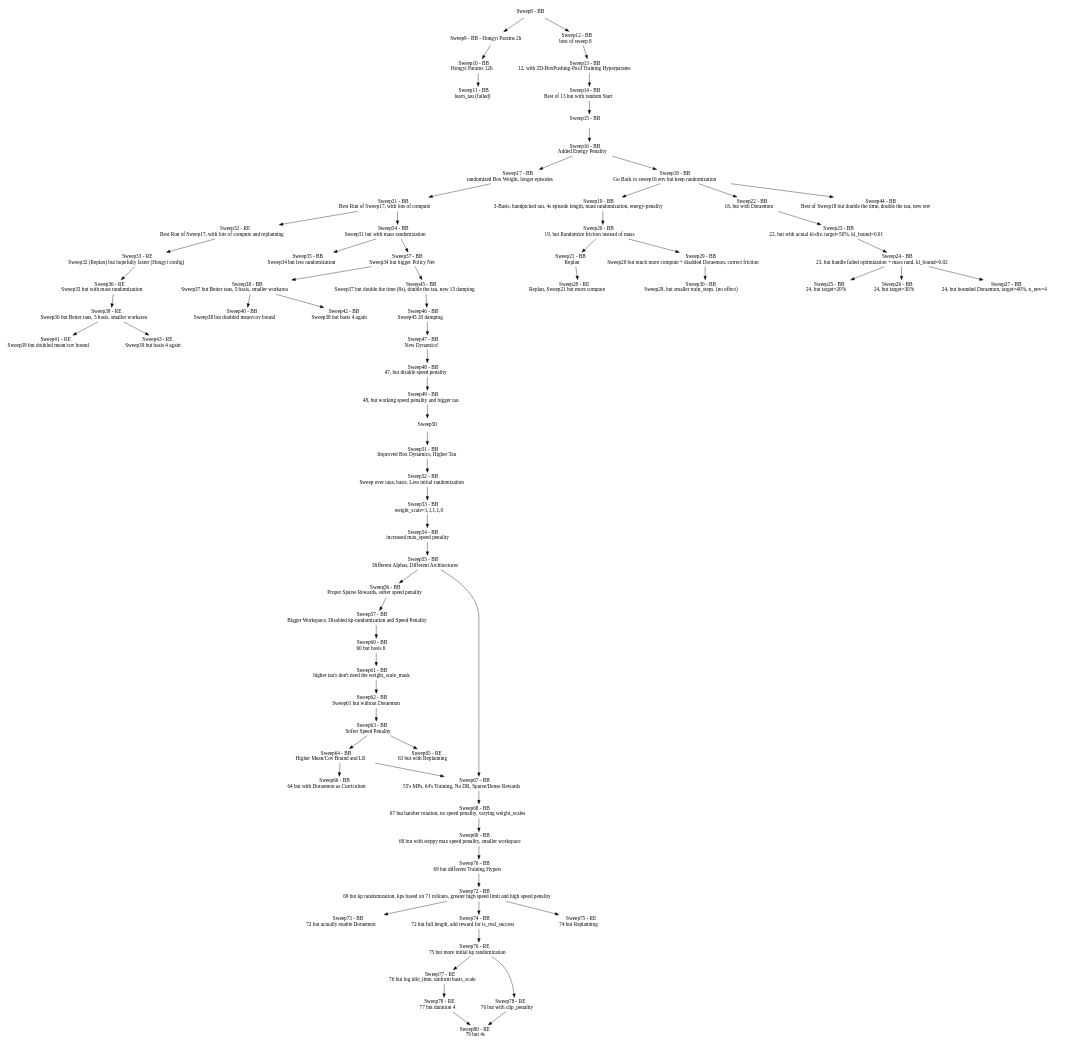
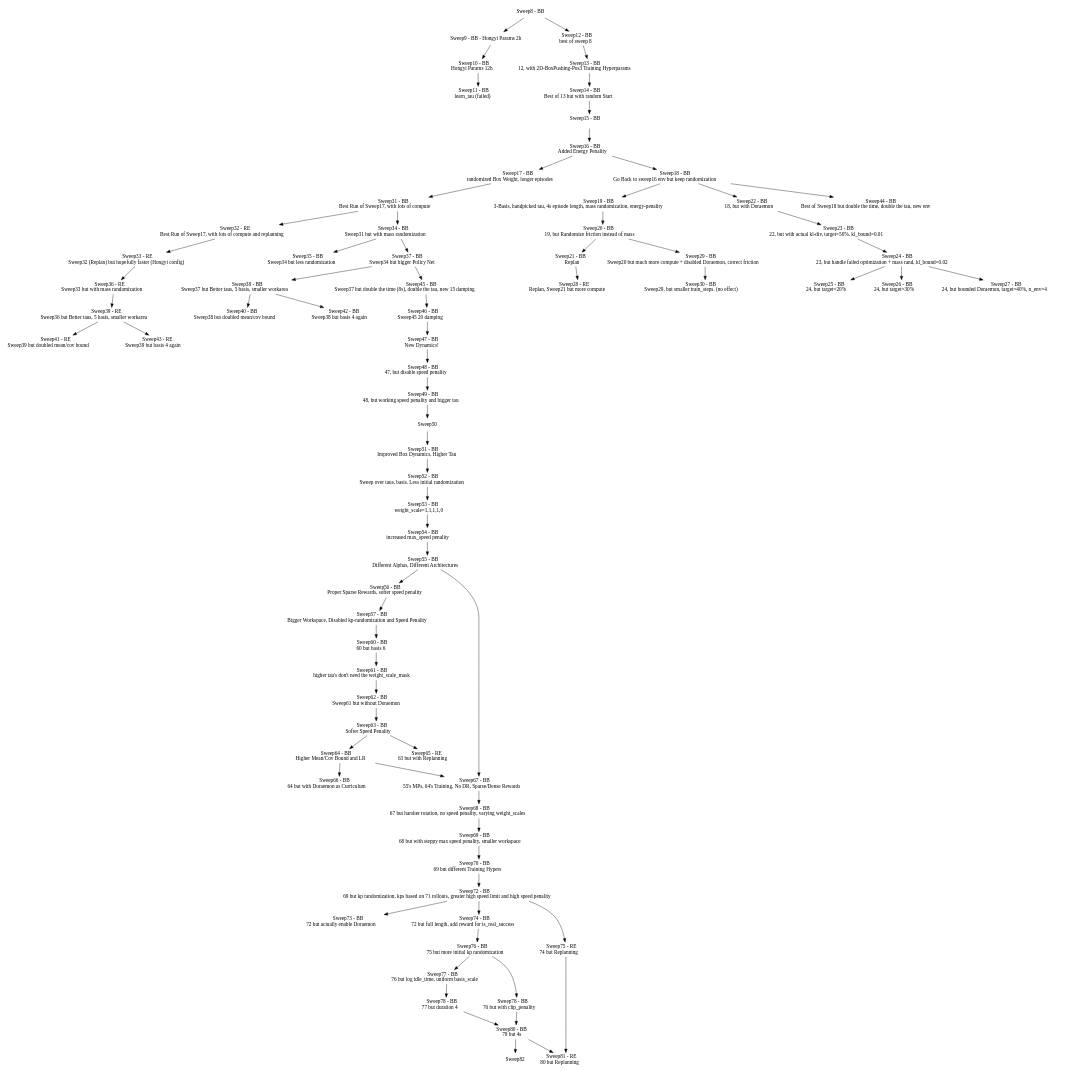
One commit to maxmunzel/fancy_gym changed the diagram in sweeps.dot. Above: the diagram before and after it, drawn with Graphviz. The commit also changed 1 other file, not shown here.

Commit message:
Sweep82 -- Simulate Mocap Error

```diff
--- a/sweeps.dot
+++ b/sweeps.dot
@@ -1,146 +1,150 @@
 digraph Sweeps {
     // Nodes
     node [shape=plaintext]
     "Sweep8"  [label=<Sweep8 - BB>];
     "Sweep9"  [label=<Sweep9 - BB - Hongyi Params 2h>];
     "Sweep10" [label=<Sweep10 - BB <BR/> Hongyi Params 12h>];
     "Sweep11" [label=<Sweep11 - BB <BR/> learn_tau (failed)>];
     "Sweep12" [label=<Sweep12 - BB <BR/> best of sweep 8>];
     "Sweep13" [label=<Sweep13 - BB <BR/> 12, with 2D-BoxPushing-Pos3 Training Hyperparams>];
     "Sweep14" [label=<Sweep14 - BB <BR/> Best of 13 but with random Start>];
     "Sweep15" [label=<Sweep15 - BB <BR/> >];
     "Sweep16" [label=<Sweep16 - BB <BR/> Added Energy Penality>];
     "Sweep17" [label=<Sweep17 - BB <BR/> randomized Box Weight, longer episodes>];
     "Sweep18" [label=<Sweep18 - BB <BR/> Go Back to sweep16 env but keep randomization>];
     "Sweep19" [label=<Sweep19 - BB <BR/> 3-Basis, handpicked tau, 4s episode length, mass randomization, energy-penality>];
     "Sweep20" [label=<Sweep20 - BB <BR/> 19, but Randomize friction instead of mass>];
     "Sweep21" [label=<Sweep21 - BB <BR/> Replan>];
     "Sweep22" [label=<Sweep22 - BB <BR/> 18, but with Doraemon>];
     "Sweep23" [label=<Sweep23 - BB <BR/> 22, but with actual kl-div, target=50%, kl_bound=0.01>];
     "Sweep24" [label=<Sweep24 - BB <BR/> 23, but handle failed optimization + mass rand, kl_bound=0.02>];
     "Sweep25" [label=<Sweep25 - BB <BR/> 24, but target=20%>];
     "Sweep26" [label=<Sweep26 - BB <BR/> 24, but target=30%>];
     "Sweep27" [label=<Sweep27 - BB <BR/> 24, but bounded Doraemon, target=40%, n_env=4>];
     "Sweep28" [label=<Sweep28 - RE <BR/> Replan, Sweep21 but more compute>];
     "Sweep29" [label=<Sweep29 - BB <BR/> Sweep20 but much more compute + disabled Doraemon, correct friction>];
     "Sweep30" [label=<Sweep30 - BB <BR/> Sweep29, but smaller train_steps. (no effect)>];
     "Sweep31" [label=<Sweep31 - BB <BR/> Best Run of Sweep17, with lots of compute>];
     "Sweep32" [label=<Sweep32 - RE <BR/> Best Run of Sweep17, with lots of compute and replanning>];
     "Sweep33" [label=<Sweep33 - RE <BR/> Sweep32 (Replan) but hopefully faster (Hongyi config)>];
     "Sweep34" [label=<Sweep34 - BB <BR/> Sweep31 but with mass randomization>];
     "Sweep35" [label=<Sweep35 - BB <BR/> Sweep34 but less randomization>];
     "Sweep36" [label=<Sweep36 - RE <BR/> Sweep33 but with mass randomization>];
     "Sweep37" [label=<Sweep37 - BB <BR/> Sweep34 but bigger Policy Net>];
     "Sweep38" [label=<Sweep38 - BB <BR/> Sweep37 but Better taus, 5 basis, smaller workarea>];
     "Sweep39" [label=<Sweep39 - RE <BR/> Sweep36 but Better taus, 5 basis, smaller workarea>];
     "Sweep40" [label=<Sweep40 - BB <BR/> Sweep38 but doubled mean/cov bound>];
     "Sweep41" [label=<Sweep41 - RE <BR/> Sweep39 but doubled mean/cov bound>];
     "Sweep42" [label=<Sweep42 - BB <BR/> Sweep38 but basis 4 again>];
     "Sweep43" [label=<Sweep43 - RE <BR/> Sweep39 but basis 4 again>];
     "Sweep44" [label=<Sweep44 - BB <BR/> Best of Sweep18 but double the time, double the tau, new env>];
     "Sweep45" [label=<Sweep45 - BB <BR/> Sweep37 but double the time (8s), double the tau, new 15 damping>];
     "Sweep46" [label=<Sweep46 - BB <BR/> Sweep45 20 damping>];
     "Sweep47" [label=<Sweep47 - BB <BR/> New Dynamics! >];
     "Sweep48" [label=<Sweep48 - BB <BR/> 47, but disable speed penality  >];
     "Sweep49" [label=<Sweep49 - BB <BR/> 48, but working speed penality and bigger tau  >];
     "Sweep51" [label=<Sweep51 - BB <BR/> Improved Box Dynamics, Higher Tau>];
     "Sweep52" [label=<Sweep52 - BB <BR/> Sweep over taus, basis. Less initial randomization>];
     "Sweep53" [label=<Sweep53 - BB <BR/> weight_scale=1,1,1,1,0 >];
     "Sweep54" [label=<Sweep54 - BB <BR/> increased max_speed penality>];
     "Sweep55" [label=<Sweep55 - BB <BR/> Different Alphas, Different Architectures>];
     "Sweep56" [label=<Sweep56 - BB <BR/> Proper Sparse Rewards, softer speed penality>];
     "Sweep57" [label=<Sweep57 - BB <BR/> Bigger Workspace, Disabled kp-randomization and Speed Penality>];
     "Sweep60" [label=<Sweep60 - BB <BR/> 60 but basis 6>];
     "Sweep61" [label=<Sweep61 - BB <BR/> higher tau's don't need the weight_scale_mask>];
     "Sweep62" [label=<Sweep62 - BB <BR/> Sweep61 but without Doraemon>];
     "Sweep63" [label=<Sweep63 - BB <BR/> Softer Speed Penality >];
     "Sweep64" [label=<Sweep64 - BB <BR/> Higher Mean/Cov Bound and LR >];
     "Sweep65" [label=<Sweep65 - RE <BR/> 63 but with Replanning >];
     "Sweep66" [label=<Sweep66 - BB <BR/> 64 but with Doraemon as Curriculum >];
     "Sweep67" [label=<Sweep67 - BB <BR/> 55's MPs, 64's Training, No DR, Sparse/Dense Rewards >];
     "Sweep68" [label=<Sweep68 - BB <BR/> 67 but harsher rotation, no speed penality, varying weight_scales >];
     "Sweep69" [label=<Sweep69 - BB <BR/> 68 but with steppy max speed penality, smaller workspace >];
     "Sweep70" [label=<Sweep70 - BB <BR/> 69 but different Training Hypers >];
     "Sweep72" [label=<Sweep72 - BB <BR/> 69 but kp randomization, kps based on 71 rollouts, greater high speed limit and high speed penality >];
     "Sweep73" [label=<Sweep73 - BB <BR/> 72 but actually enable Doraemon >];
     "Sweep74" [label=<Sweep74 - BB <BR/> 72 but full length, add reward for is_real_success >];
     "Sweep75" [label=<Sweep75 - RE <BR/> 74 but Replanning >];
-    "Sweep76" [label=<Sweep76 - RE <BR/> 75 but more initial kp randomization>];
-    "Sweep77" [label=<Sweep77 - RE <BR/> 76 but log idle_time, uniform basis_scale>];
-    "Sweep78" [label=<Sweep78 - RE <BR/> 77 but duration 4>];
-    "Sweep79" [label=<Sweep78 - RE <BR/> 76 but with clip_penality>];
-    "Sweep80" [label=<Sweep80 - RE <BR/> 79 but 4s>];
+    "Sweep76" [label=<Sweep76 - BB <BR/> 75 but more initial kp randomization>];
+    "Sweep77" [label=<Sweep77 - BB <BR/> 76 but log idle_time, uniform basis_scale>];
+    "Sweep78" [label=<Sweep78 - BB <BR/> 77 but duration 4>];
+    "Sweep79" [label=<Sweep78 - BB <BR/> 76 but with clip_penality>];
+    "Sweep80" [label=<Sweep80 - BB <BR/> 79 but 4s>];
+    "Sweep81" [label=<Sweep81 - RE <BR/> 80 but Replanning>];
 
     // Edges
     "Sweep8" -> "Sweep9"
     "Sweep9" -> "Sweep10"
     "Sweep10" -> "Sweep11"
     "Sweep8" -> "Sweep12"
     "Sweep12" -> "Sweep13"
     "Sweep13" -> "Sweep14"
     "Sweep16" -> "Sweep18"
     "Sweep18" -> "Sweep19"
     "Sweep19" -> "Sweep20"
     "Sweep21" -> "Sweep28"
     "Sweep20" -> "Sweep29"
     "Sweep29" -> "Sweep30"
     "Sweep17" -> "Sweep31"
     "Sweep31" -> "Sweep32"
     "Sweep32" -> "Sweep33"
     "Sweep31" -> "Sweep34"
     "Sweep34" -> "Sweep35"
     "Sweep33" -> "Sweep36"
     "Sweep34" -> "Sweep37"
     "Sweep37" -> "Sweep38"
     "Sweep36" -> "Sweep39"
     "Sweep38" -> "Sweep40"
     "Sweep39" -> "Sweep41"
     "Sweep38" -> "Sweep42"
     "Sweep39" -> "Sweep43"
     "Sweep18" -> "Sweep22"
     "Sweep22" -> "Sweep23"
     "Sweep23" -> "Sweep24"
     "Sweep24" -> "Sweep25"
     "Sweep24" -> "Sweep26"
     "Sweep24" -> "Sweep27"
     "Sweep18" -> "Sweep44"
     "Sweep14" -> "Sweep15"
     "Sweep15" -> "Sweep16"
     "Sweep16" -> "Sweep17"
     "Sweep20" -> "Sweep21"
     "Sweep37" -> "Sweep45"
     "Sweep45" -> "Sweep46"
     "Sweep46" -> "Sweep47"
     "Sweep47" -> "Sweep48"
     "Sweep48" -> "Sweep49"
     "Sweep49" -> "Sweep50"
     "Sweep50" -> "Sweep51"
     "Sweep51" -> "Sweep52"
     "Sweep52" -> "Sweep53"
     "Sweep53" -> "Sweep54"
     "Sweep54" -> "Sweep55"
     "Sweep55" -> "Sweep56"
     "Sweep56" -> "Sweep57"
     "Sweep57" -> "Sweep60"
     "Sweep60" -> "Sweep61"
     "Sweep61" -> "Sweep62"
     "Sweep62" -> "Sweep63"
     "Sweep63" -> "Sweep64"
     "Sweep63" -> "Sweep65"
     "Sweep64" -> "Sweep66"
     "Sweep55" -> "Sweep67"
     "Sweep64" -> "Sweep67"
     "Sweep67" -> "Sweep68"
     "Sweep68" -> "Sweep69"
     "Sweep69" -> "Sweep70"
     "Sweep70" -> "Sweep72"
     "Sweep72" -> "Sweep73"
     "Sweep72" -> "Sweep74"
     "Sweep72" -> "Sweep75"
     "Sweep74" -> "Sweep76"
     "Sweep76" -> "Sweep77"
     "Sweep77" -> "Sweep78"
     "Sweep76" -> "Sweep79"
     "Sweep78" -> "Sweep80"
     "Sweep79" -> "Sweep80"
+    "Sweep80" -> "Sweep81"
+    "Sweep75" -> "Sweep81"
+    "Sweep80" -> "Sweep82"
 }
```
